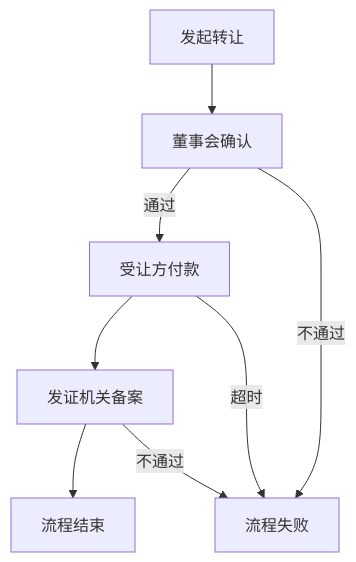
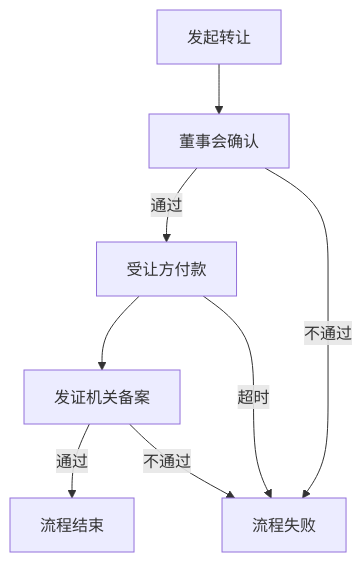
Before and after one commit to xiaoke1256/BizLicOnChain: the diagram in README.md, drawn with Mermaid.

````diff
--- a/README.md
+++ b/README.md
@@ -17,10 +17,10 @@
 ```mermaid
   flowchart  TD;
   发起转让-->董事会确认
   董事会确认--通过-->受让方付款
   受让方付款-->发证机关备案
-  发证机关备案-->流程结束
+  发证机关备案--通过-->流程结束
   董事会确认--不通过-->流程失败
   受让方付款--超时-->流程失败
   发证机关备案--不通过-->流程失败
 ```
````
